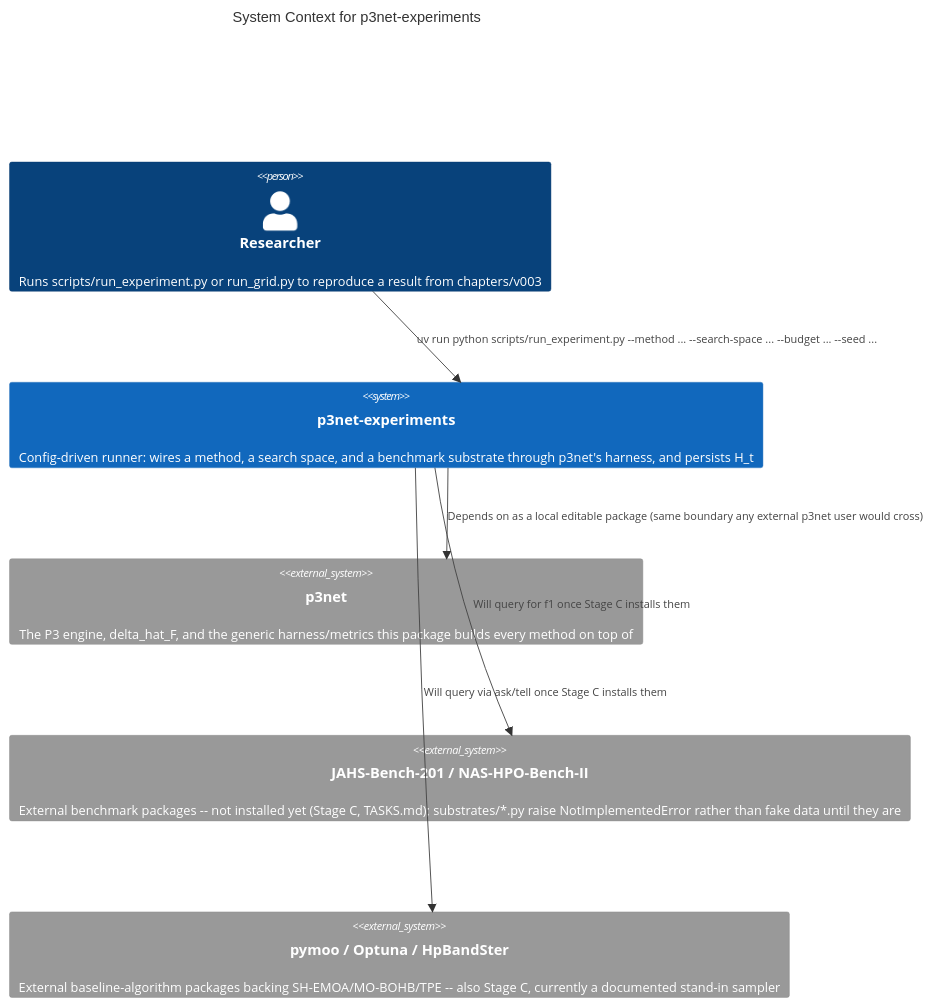
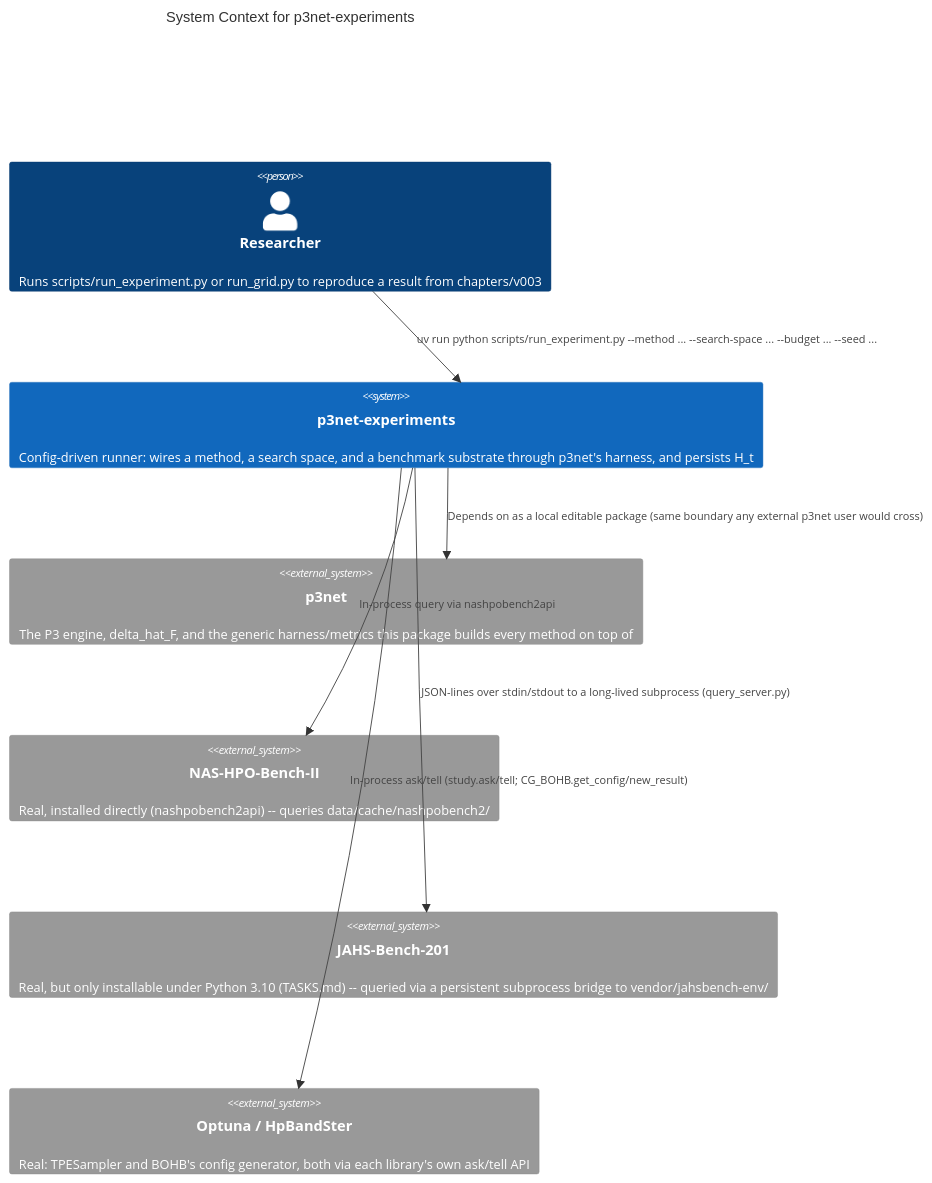
The diagram in implementation/experiments/docs/architecture/README.md (jedrzejpolaczek/p3net_gecco2027), drawn with Mermaid before and after one commit. The commit also changed other lines of this file and 2 other files, not shown here.

First line of the commit message:
docs: update TASKS.md, CHANGELOG.md, and architecture docs for Stage C

````diff
--- a/implementation/experiments/docs/architecture/README.md
+++ b/implementation/experiments/docs/architecture/README.md
@@ -21,19 +21,21 @@
 ```mermaid
 C4Context
   title System Context for p3net-experiments
 
   Person(researcher, "Researcher", "Runs scripts/run_experiment.py or run_grid.py to reproduce a result from chapters/v003")
 
   System(experiments, "p3net-experiments", "Config-driven runner: wires a method, a search space, and a benchmark substrate through p3net's harness, and persists H_t")
 
   System_Ext(p3net, "p3net", "The P3 engine, delta_hat_F, and the generic harness/metrics this package builds every method on top of")
-  System_Ext(benchmarks, "JAHS-Bench-201 / NAS-HPO-Bench-II", "External benchmark packages -- not installed yet (Stage C, TASKS.md); substrates/*.py raise NotImplementedError rather than fake data until they are")
-  System_Ext(baseline_libs, "pymoo / Optuna / HpBandSter", "External baseline-algorithm packages backing SH-EMOA/MO-BOHB/TPE -- also Stage C, currently a documented stand-in sampler")
+  System_Ext(nashpobench, "NAS-HPO-Bench-II", "Real, installed directly (nashpobench2api) -- queries data/cache/nashpobench2/")
+  System_Ext(jahsbench, "JAHS-Bench-201", "Real, but only installable under Python 3.10 (TASKS.md) -- queried via a persistent subprocess bridge to vendor/jahsbench-env/")
+  System_Ext(baseline_libs, "Optuna / HpBandSter", "Real: TPESampler and BOHB's config generator, both via each library's own ask/tell API")
 
   Rel(researcher, experiments, "uv run python scripts/run_experiment.py --method ... --search-space ... --budget ... --seed ...")
   Rel(experiments, p3net, "Depends on as a local editable package (same boundary any external p3net user would cross)")
-  Rel(experiments, benchmarks, "Will query for f1 once Stage C installs them")
-  Rel(experiments, baseline_libs, "Will query via ask/tell once Stage C installs them")
+  Rel(experiments, nashpobench, "In-process query via nashpobench2api")
+  Rel(experiments, jahsbench, "JSON-lines over stdin/stdout to a long-lived subprocess (query_server.py)")
+  Rel(experiments, baseline_libs, "In-process ask/tell (study.ask/tell; CG_BOHB.get_config/new_result)")
 
   UpdateLayoutConfig($c4ShapeInRow="2", $c4BoundaryInRow="2")
 ```
````
